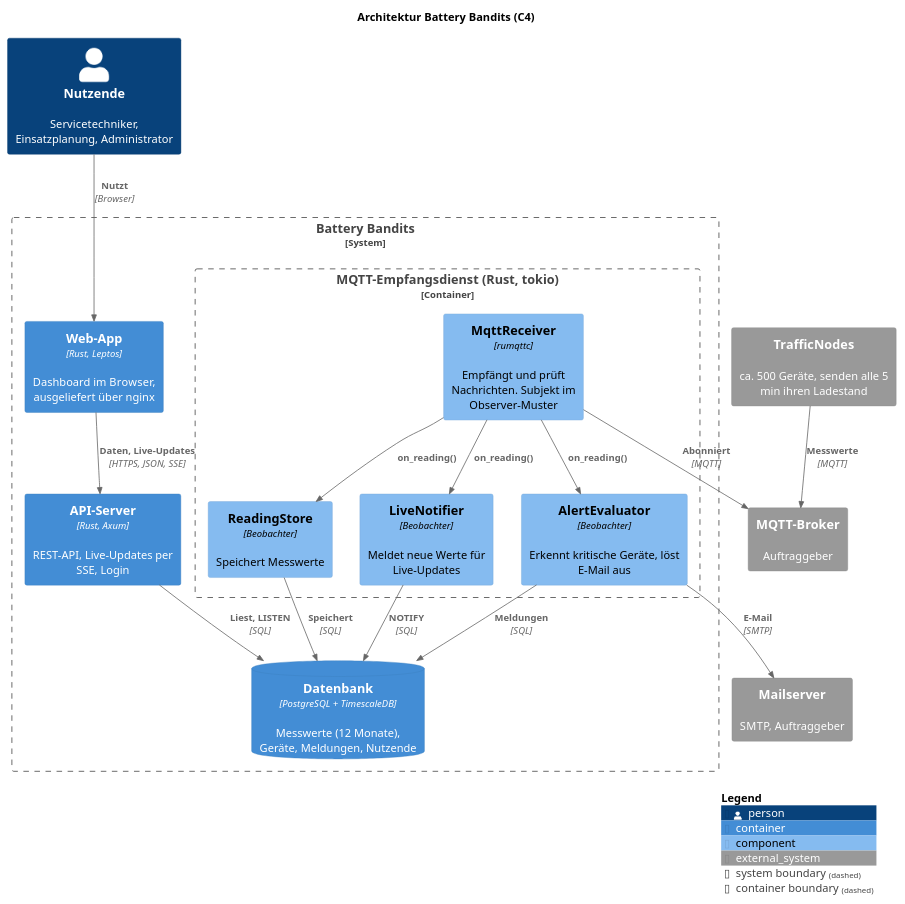
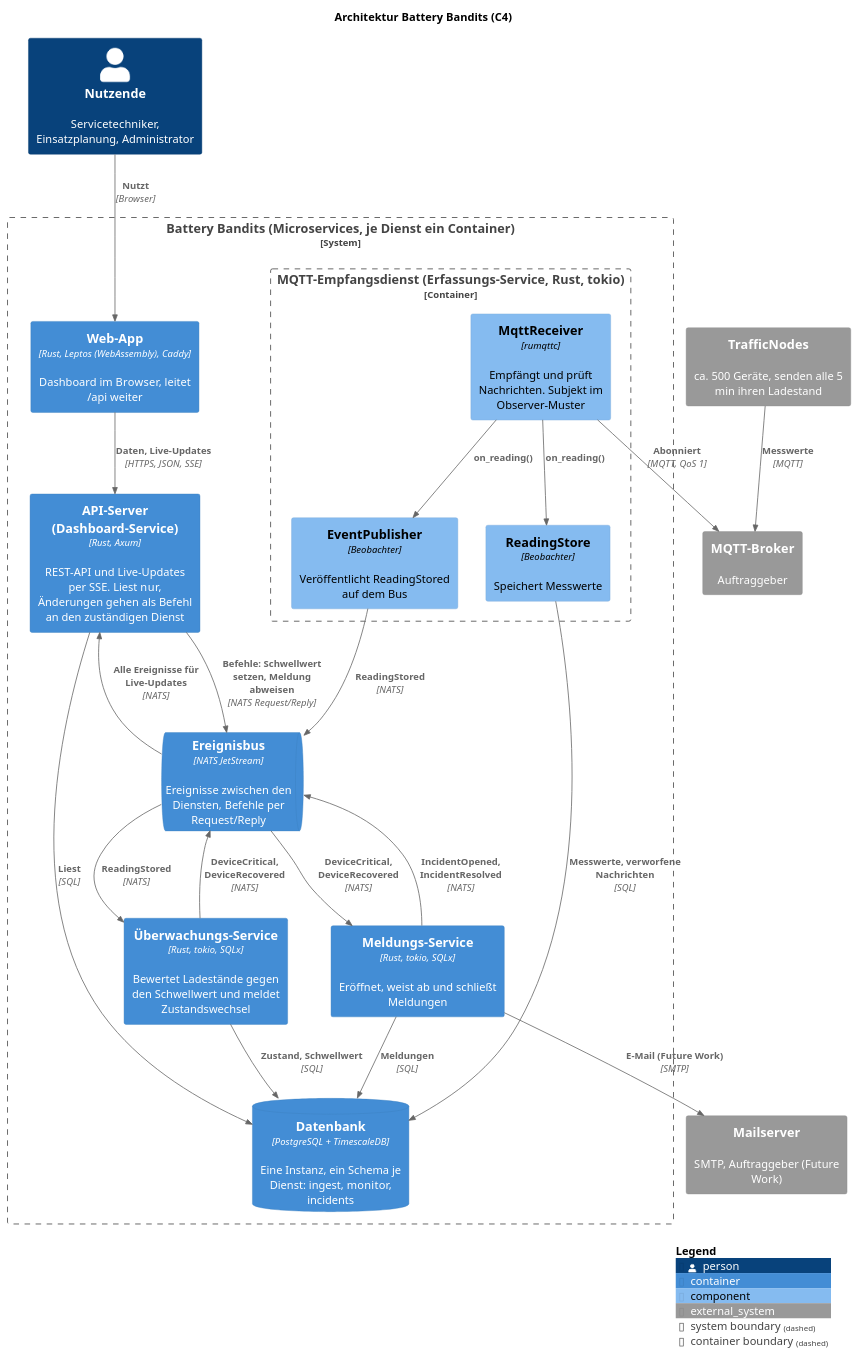
One commit to Noah9935/Battery-Bandits changed the diagram in docs/diagrams/architecture/c4-architektur.puml. Above: the diagram before and after it, drawn with PlantUML. The commit also changed 5 other files, not shown here.

First line of the commit message:
Dokumentation auf Microservices und die Umsetzung umgestellt

```diff
--- a/docs/diagrams/architecture/c4-architektur.puml
+++ b/docs/diagrams/architecture/c4-architektur.puml
@@ -1,39 +1,50 @@
 @startuml c4-architektur
 !include <C4/C4_Component>
 
 title Architektur Battery Bandits (C4)
 
 Person(user, "Nutzende", "Servicetechniker, Einsatzplanung, Administrator")
 
 System_Ext(nodes, "TrafficNodes", "ca. 500 Geräte, senden alle 5 min ihren Ladestand")
 System_Ext(broker, "MQTT-Broker", "Auftraggeber")
-System_Ext(mail, "Mailserver", "SMTP, Auftraggeber")
+System_Ext(mail, "Mailserver", "SMTP, Auftraggeber (Future Work)")
 
-System_Boundary(bb, "Battery Bandits") {
-  Container(web, "Web-App", "Rust, Leptos", "Dashboard im Browser, ausgeliefert über nginx")
-  Container(api, "API-Server", "Rust, Axum", "REST-API, Live-Updates per SSE, Login")
-  ContainerDb(db, "Datenbank", "PostgreSQL + TimescaleDB", "Messwerte (12 Monate), Geräte, Meldungen, Nutzende")
+System_Boundary(bb, "Battery Bandits (Microservices, je Dienst ein Container)") {
+  Container(web, "Web-App", "Rust, Leptos (WebAssembly), Caddy", "Dashboard im Browser, leitet /api weiter")
+  Container(api, "API-Server (Dashboard-Service)", "Rust, Axum", "REST-API und Live-Updates per SSE. Liest nur, Änderungen gehen als Befehl an den zuständigen Dienst")
+  Container(monitor, "Überwachungs-Service", "Rust, tokio, SQLx", "Bewertet Ladestände gegen den Schwellwert und meldet Zustandswechsel")
+  Container(incidents, "Meldungs-Service", "Rust, tokio, SQLx", "Eröffnet, weist ab und schließt Meldungen")
+  ContainerQueue(bus, "Ereignisbus", "NATS JetStream", "Ereignisse zwischen den Diensten, Befehle per Request/Reply")
+  ContainerDb(db, "Datenbank", "PostgreSQL + TimescaleDB", "Eine Instanz, ein Schema je Dienst: ingest, monitor, incidents")
 
-  Container_Boundary(ingest, "MQTT-Empfangsdienst (Rust, tokio)") {
+  Container_Boundary(ingest, "MQTT-Empfangsdienst (Erfassungs-Service, Rust, tokio)") {
     Component(rx, "MqttReceiver", "rumqttc", "Empfängt und prüft Nachrichten. Subjekt im Observer-Muster")
     Component(store, "ReadingStore", "Beobachter", "Speichert Messwerte")
-    Component(alert, "AlertEvaluator", "Beobachter", "Erkennt kritische Geräte, löst E-Mail aus")
-    Component(live, "LiveNotifier", "Beobachter", "Meldet neue Werte für Live-Updates")
+    Component(publisher, "EventPublisher", "Beobachter", "Veröffentlicht ReadingStored auf dem Bus")
   }
 }
 
 Rel(nodes, broker, "Messwerte", "MQTT")
-Rel(rx, broker, "Abonniert", "MQTT")
+Rel(rx, broker, "Abonniert", "MQTT, QoS 1")
 Rel(rx, store, "on_reading()")
-Rel(rx, alert, "on_reading()")
-Rel(rx, live, "on_reading()")
-Rel(store, db, "Speichert", "SQL")
-Rel(alert, db, "Meldungen", "SQL")
-Rel(alert, mail, "E-Mail", "SMTP")
-Rel(live, db, "NOTIFY", "SQL")
-Rel(api, db, "Liest, LISTEN", "SQL")
+Rel(rx, publisher, "on_reading()")
+Rel(store, db, "Messwerte, verworfene Nachrichten", "SQL")
+Rel(publisher, bus, "ReadingStored", "NATS")
+
+Rel(bus, monitor, "ReadingStored", "NATS")
+Rel(monitor, db, "Zustand, Schwellwert", "SQL")
+Rel(monitor, bus, "DeviceCritical, DeviceRecovered", "NATS")
+
+Rel(bus, incidents, "DeviceCritical, DeviceRecovered", "NATS")
+Rel(incidents, db, "Meldungen", "SQL")
+Rel(incidents, bus, "IncidentOpened, IncidentResolved", "NATS")
+Rel(incidents, mail, "E-Mail (Future Work)", "SMTP")
+
+Rel(api, db, "Liest", "SQL")
+Rel(bus, api, "Alle Ereignisse für Live-Updates", "NATS")
+Rel(api, bus, "Befehle: Schwellwert setzen, Meldung abweisen", "NATS Request/Reply")
 Rel(web, api, "Daten, Live-Updates", "HTTPS, JSON, SSE")
 Rel(user, web, "Nutzt", "Browser")
 
 SHOW_LEGEND()
 @enduml
```
